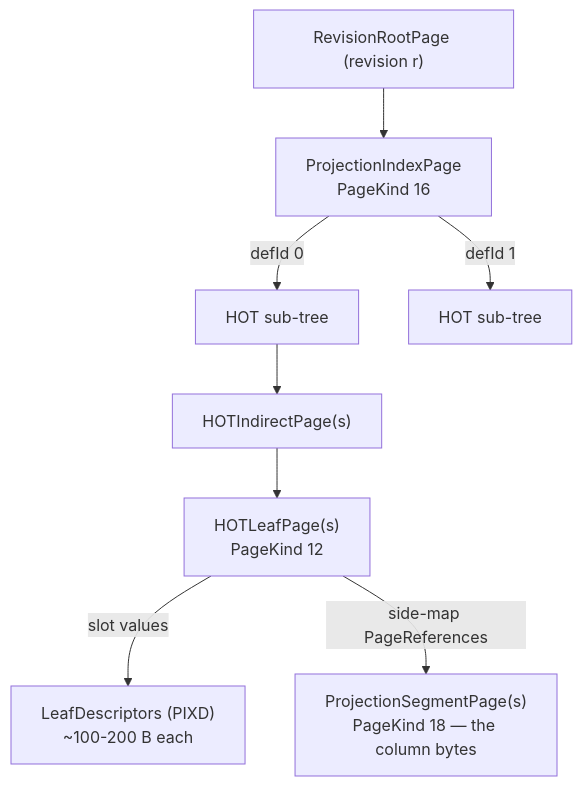
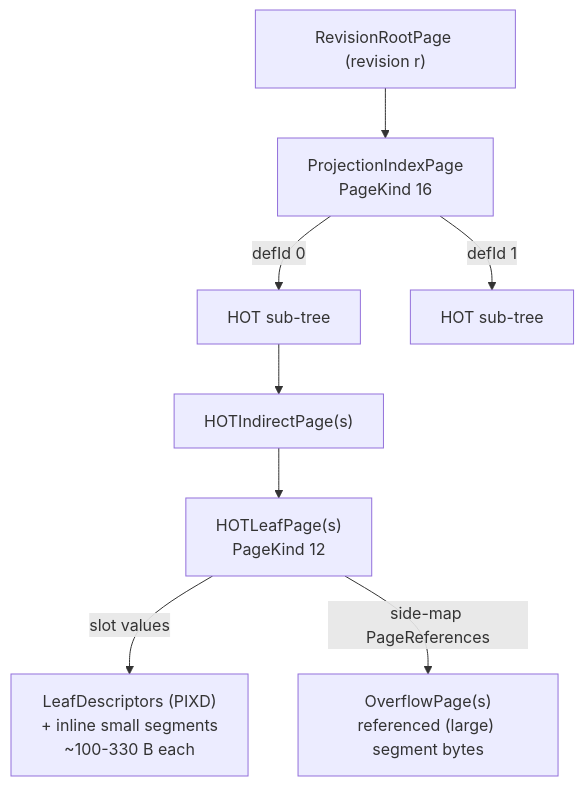
One commit to sirixdb/sirix changed the third of 16 diagrams in docs/PROJECTION_INDEX_DEEP_DIVE.md. Above: the diagram before and after it, drawn with Mermaid. The commit also changed other lines of this file, not shown here.

First line of the commit message:
docs(projection): rewrite §8.4 for the landed inline/reference hybrid (#1138)

````diff
--- a/docs/PROJECTION_INDEX_DEEP_DIVE.md
+++ b/docs/PROJECTION_INDEX_DEEP_DIVE.md
@@ -214,12 +214,12 @@
 ```mermaid
 flowchart TD
     RRP["RevisionRootPage (revision r)"]
     PIP["ProjectionIndexPage<br/>PageKind 16"]
     RRP --> PIP
     PIP -->|"defId 0"| T0["HOT sub-tree"]
     PIP -->|"defId 1"| T1["HOT sub-tree"]
     T0 --> HI["HOTIndirectPage(s)"]
     HI --> HL["HOTLeafPage(s)<br/>PageKind 12"]
-    HL -->|"slot values"| D["LeafDescriptors (PIXD)<br/>~100-200 B each"]
-    HL -->|"side-map PageReferences"| SP["ProjectionSegmentPage(s)<br/>PageKind 18 — the column bytes"]
+    HL -->|"slot values"| D["LeafDescriptors (PIXD)<br/>+ inline small segments<br/>~100-330 B each"]
+    HL -->|"side-map PageReferences"| SP["OverflowPage(s)<br/>referenced (large) segment bytes"]
 ```
````
